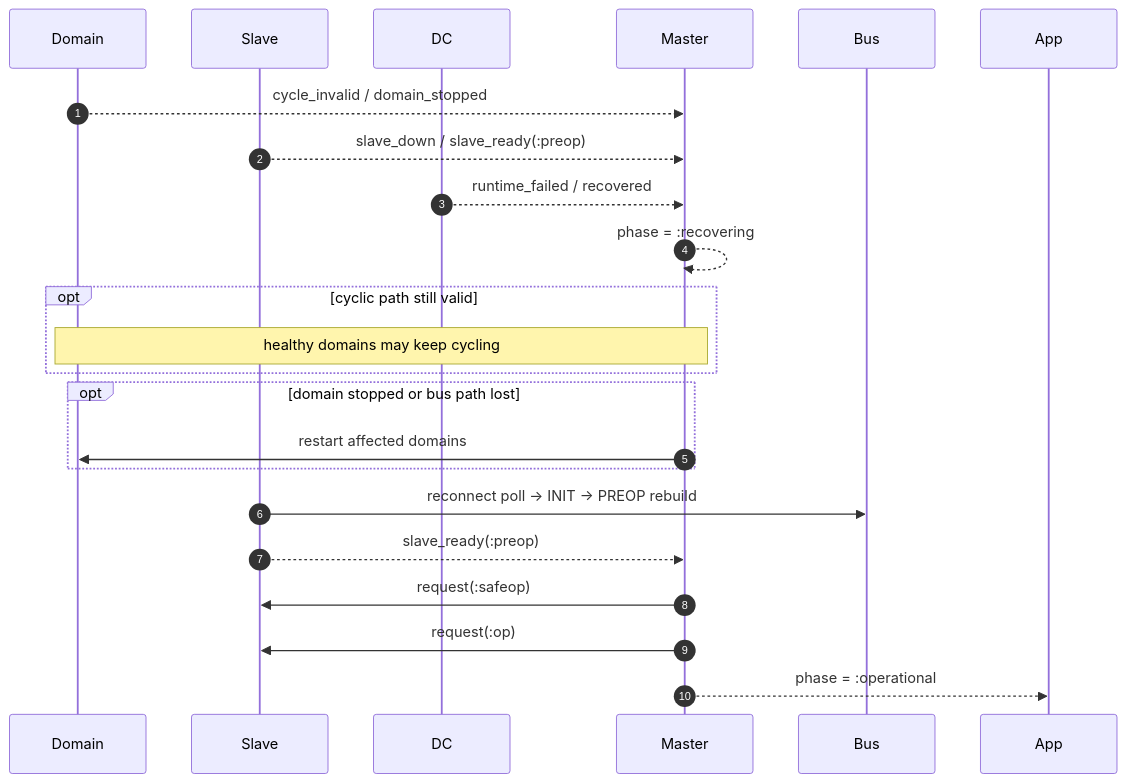
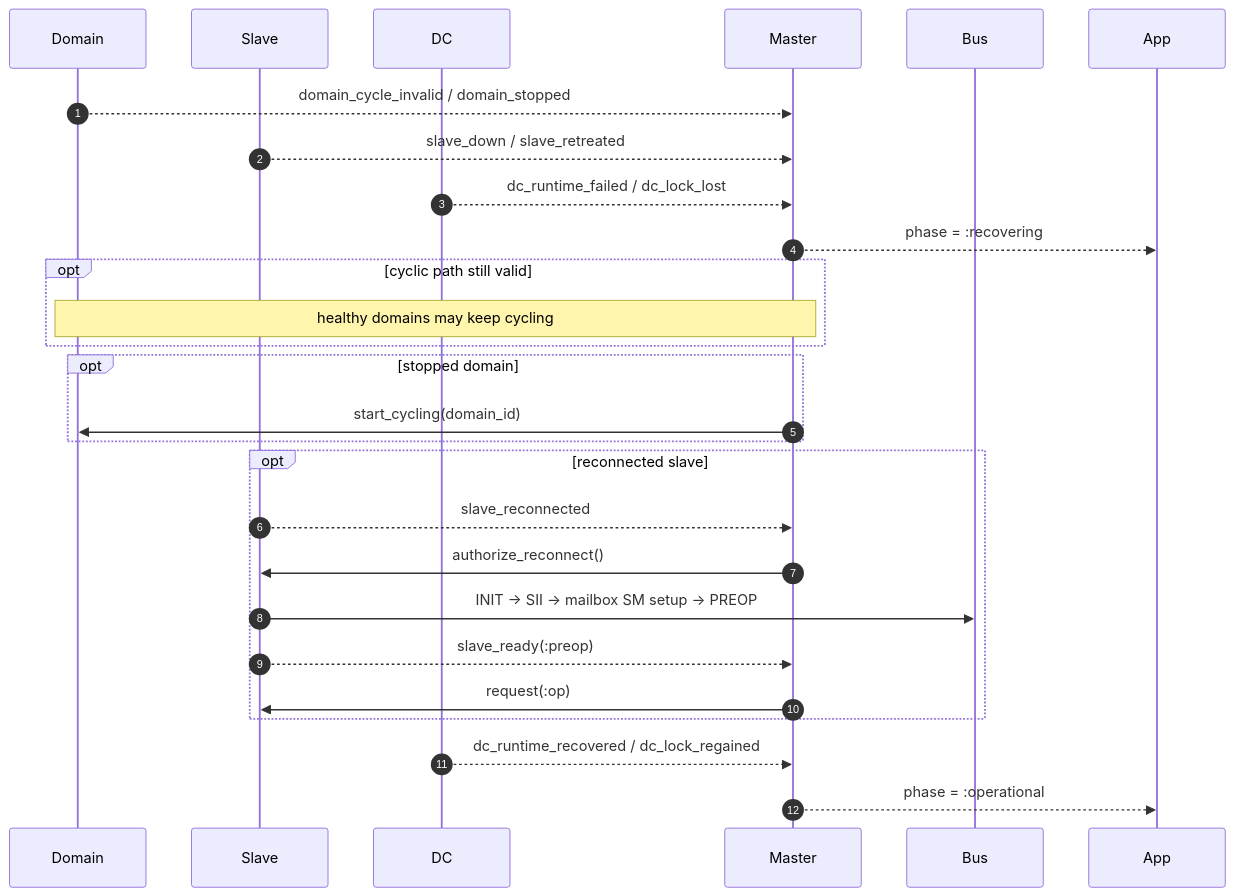
The third of 7 diagrams in README.md (sid2baker/ethercat), drawn with Mermaid before and after one commit. The commit also changed other lines of this file and 4 other files, not shown here.

````diff
--- a/README.md
+++ b/README.md
@@ -190,25 +202,29 @@
 ```mermaid
 sequenceDiagram
     autonumber
     participant Domain
     participant Slave
     participant DC
     participant Master
     participant Bus
 
-    Domain-->>Master: cycle_invalid / domain_stopped
-    Slave-->>Master: slave_down / slave_ready(:preop)
-    DC-->>Master: runtime_failed / recovered
-    Master-->>Master: phase = :recovering
+    Domain-->>Master: domain_cycle_invalid / domain_stopped
+    Slave-->>Master: slave_down / slave_retreated
+    DC-->>Master: dc_runtime_failed / dc_lock_lost
+    Master-->>App: phase = :recovering
     opt cyclic path still valid
         Note over Domain,Master: healthy domains may keep cycling
     end
-    opt domain stopped or bus path lost
-        Master->>Domain: restart affected domains
+    opt stopped domain
+        Master->>Domain: start_cycling(domain_id)
     end
-    Slave->>Bus: reconnect poll -> INIT -> PREOP rebuild
-    Slave-->>Master: slave_ready(:preop)
-    Master->>Slave: request(:safeop)
-    Master->>Slave: request(:op)
+    opt reconnected slave
+        Slave-->>Master: slave_reconnected
+        Master->>Slave: authorize_reconnect()
+        Slave->>Bus: INIT -> SII -> mailbox SM setup -> PREOP
+        Slave-->>Master: slave_ready(:preop)
+        Master->>Slave: request(:op)
+    end
+    DC-->>Master: dc_runtime_recovered / dc_lock_regained
     Master-->>App: phase = :operational
 ```
````
